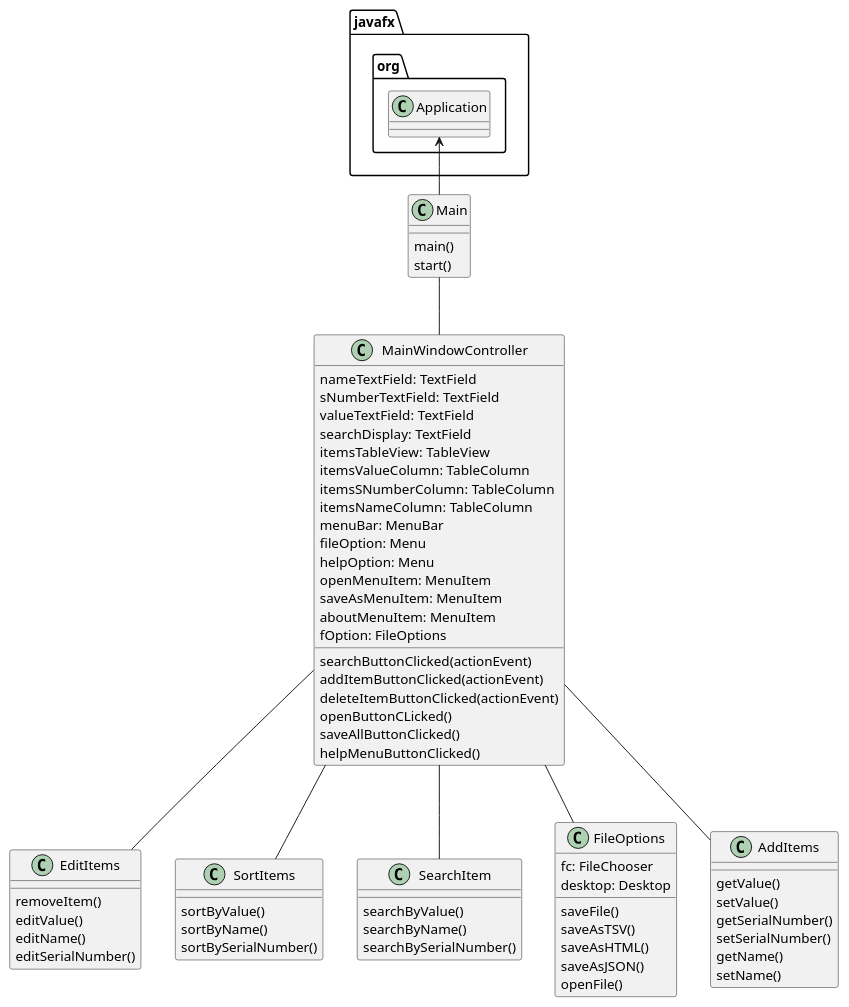
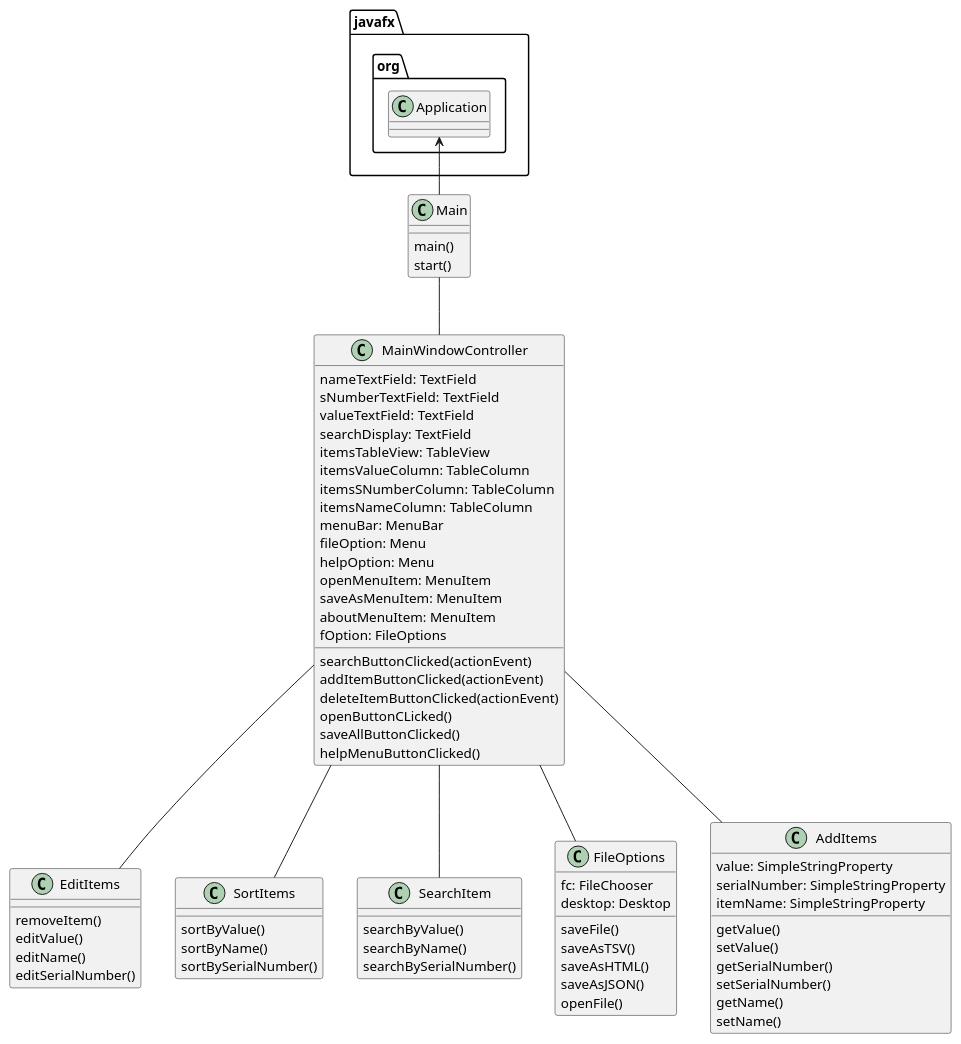
The diagram in uml/Assignment5.puml (martucciv/martucci-7308-a5), drawn with PlantUML before and after one commit. The commit also changed 2 other files, not shown here.

```diff
--- a/uml/Assignment5.puml
+++ b/uml/Assignment5.puml
@@ -1,81 +1,85 @@
 @startuml
 
 javafx.org.Application <-- Main
 Main -- MainWindowController
 MainWindowController -- EditItems
 MainWindowController -- SortItems
 MainWindowController -- SearchItem
 MainWindowController -- FileOptions
 MainWindowController -- AddItems
 
 class Main{
     main()
     start()
 }
 
 class MainWindowController{
     nameTextField: TextField
     sNumberTextField: TextField
     valueTextField: TextField
     searchDisplay: TextField
     itemsTableView: TableView
     itemsValueColumn: TableColumn
     itemsSNumberColumn: TableColumn
     itemsNameColumn: TableColumn
     menuBar: MenuBar
     fileOption: Menu
     helpOption: Menu
     openMenuItem: MenuItem
     saveAsMenuItem: MenuItem
     aboutMenuItem: MenuItem
     fOption: FileOptions
 
     searchButtonClicked(actionEvent)
     addItemButtonClicked(actionEvent)
     deleteItemButtonClicked(actionEvent)
     openButtonCLicked()
     saveAllButtonClicked()
     helpMenuButtonClicked()
 }
 
 class AddItems{
+    value: SimpleStringProperty
+    serialNumber: SimpleStringProperty
+    itemName: SimpleStringProperty
+
     getValue()
     setValue()
     getSerialNumber()
     setSerialNumber()
     getName()
     setName()
 }
 
 class EditItems {
     removeItem()
     editValue()
     editName()
     editSerialNumber()
 }
 
 class SortItems{
     sortByValue()
     sortByName()
     sortBySerialNumber()
 }
 
 class SearchItem{
     searchByValue()
     searchByName()
     searchBySerialNumber()
 }
 
 class FileOptions{
     fc: FileChooser
     desktop: Desktop
 
     saveFile()
     saveAsTSV()
     saveAsHTML()
     saveAsJSON()
     openFile()
 }
 
 
 @enduml
```
